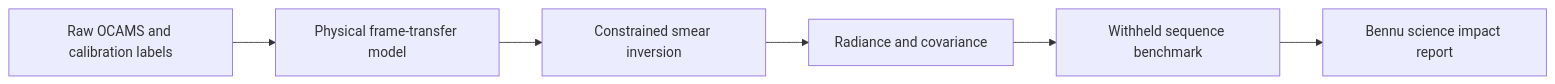
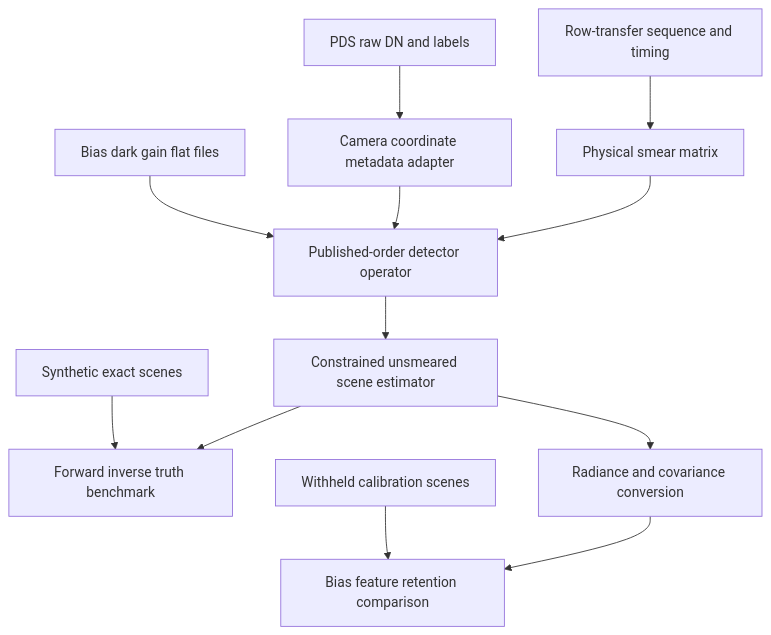
Before and after one commit to Personfu/engineering: the diagram in visuals/projects/H02.mmd, drawn with Mermaid. The commit also changed 816 other files, not shown here.

```diff
--- a/visuals/projects/H02.mmd
+++ b/visuals/projects/H02.mmd
@@ -1,6 +1,12 @@
-flowchart LR
- A[Raw OCAMS and calibration labels] --> B[Physical frame-transfer model]
- B --> C[Constrained smear inversion]
- C --> D[Radiance and covariance]
- D --> E[Withheld sequence benchmark]
- E --> F[Bennu science impact report]
+flowchart TB
+ A[PDS raw DN and labels] --> B[Camera coordinate metadata adapter]
+ C[Bias dark gain flat files] --> D[Published-order detector operator]
+ B --> D
+ E[Row-transfer sequence and timing] --> F[Physical smear matrix]
+ F --> D
+ D --> G[Constrained unsmeared scene estimator]
+ H[Synthetic exact scenes] --> I[Forward inverse truth benchmark]
+ G --> I
+ G --> J[Radiance and covariance conversion]
+ K[Withheld calibration scenes] --> L[Bias feature retention comparison]
+ J --> L
```
